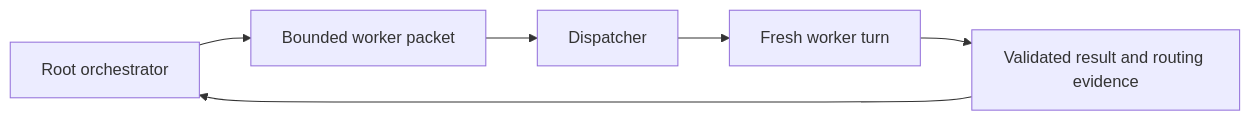
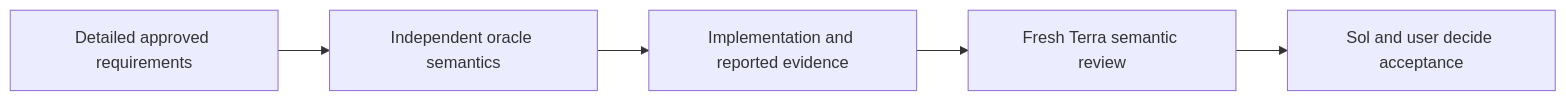
The second of 2 diagrams in book/worker-dispatch.md (giesse/alp-skills), drawn with Mermaid before and after one commit. The commit also changed other lines of this file and 16 other files, not shown here.

````diff
--- a/book/worker-dispatch.md
+++ b/book/worker-dispatch.md
@@ -28,8 +172,7 @@
 ```mermaid
 flowchart LR
-    O[Root orchestrator] --> P[Bounded worker packet]
-    P --> D[Dispatcher]
-    D --> W[Fresh worker turn]
-    W --> R[Validated result and routing evidence]
-    R --> O
+    R[Detailed approved requirements] --> O[Independent oracle semantics]
+    O --> I[Implementation and reported evidence]
+    I --> V[Fresh Terra semantic review]
+    V --> S[Sol and user decide acceptance]
 ```
````
